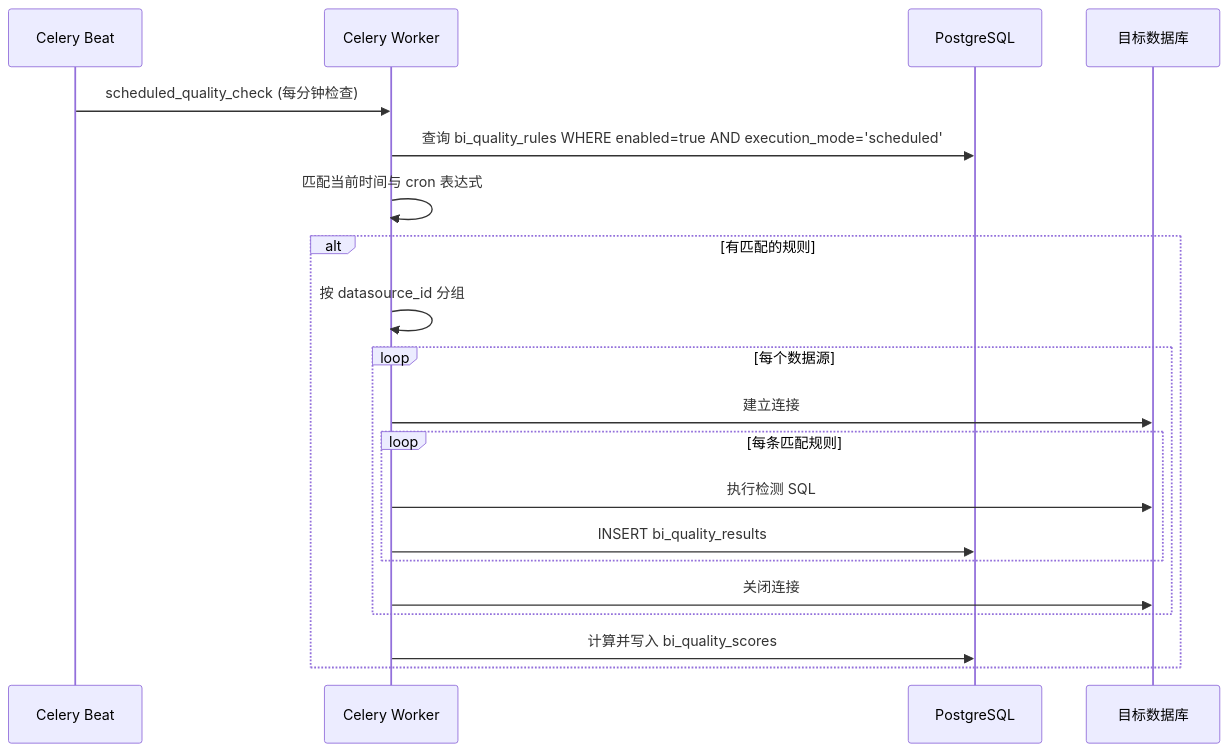
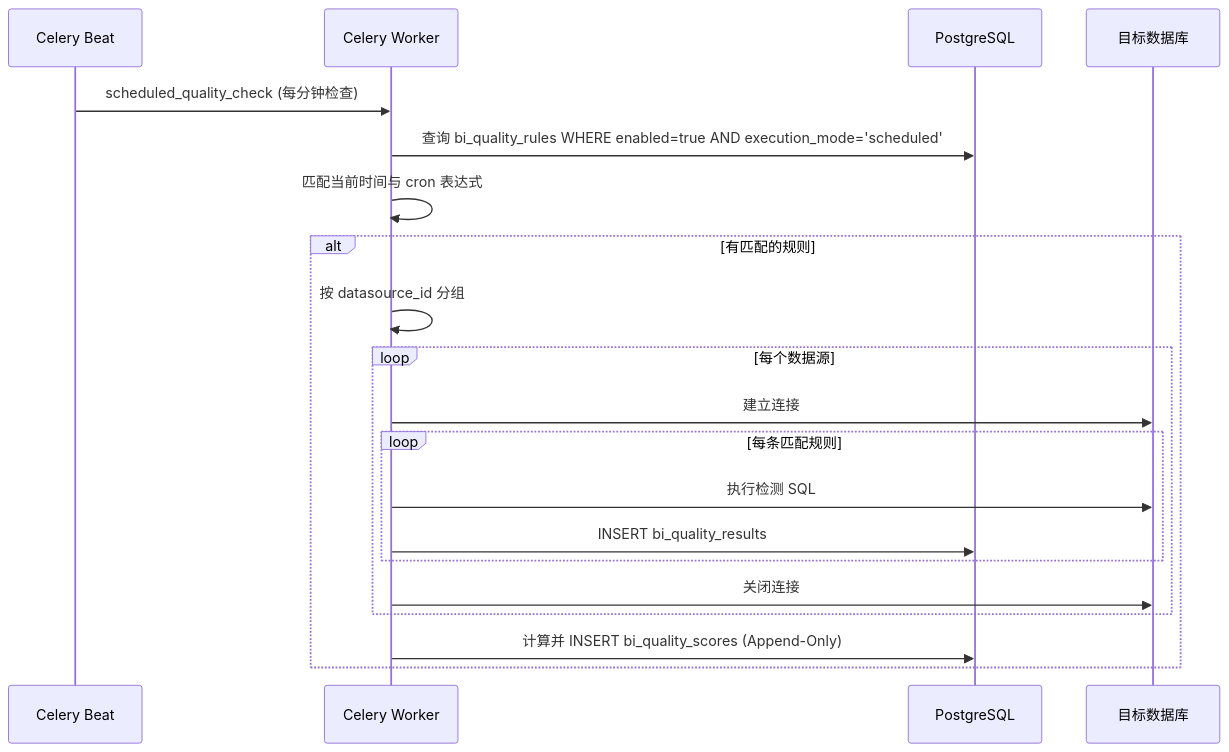
Before and after one commit to Forrest219/mulan-bi-platform: the third of 3 diagrams in docs/specs/15-data-governance-quality-spec.md, drawn with Mermaid. The commit also changed other lines of this file and 112 other files, not shown here.

````diff
--- a/docs/specs/15-data-governance-quality-spec.md
+++ b/docs/specs/15-data-governance-quality-spec.md
@@ -805,23 +859,23 @@
 ```mermaid
 sequenceDiagram
     participant Beat as Celery Beat
     participant Worker as Celery Worker
     participant DB as PostgreSQL
     participant Target as 目标数据库
 
     Beat->>Worker: scheduled_quality_check (每分钟检查)
     Worker->>DB: 查询 bi_quality_rules WHERE enabled=true AND execution_mode='scheduled'
     Worker->>Worker: 匹配当前时间与 cron 表达式
     alt 有匹配的规则
         Worker->>Worker: 按 datasource_id 分组
         loop 每个数据源
             Worker->>Target: 建立连接
             loop 每条匹配规则
                 Worker->>Target: 执行检测 SQL
                 Worker->>DB: INSERT bi_quality_results
             end
             Worker->>Target: 关闭连接
         end
-        Worker->>DB: 计算并写入 bi_quality_scores
+        Worker->>DB: 计算并 INSERT bi_quality_scores (Append-Only)
     end
 ```
````
